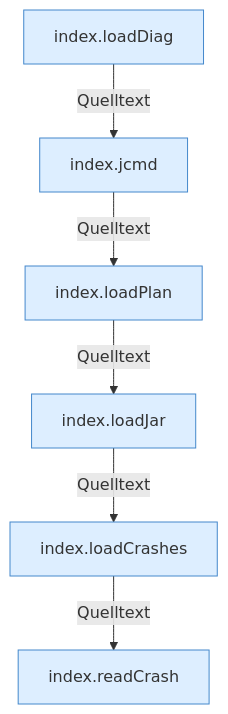
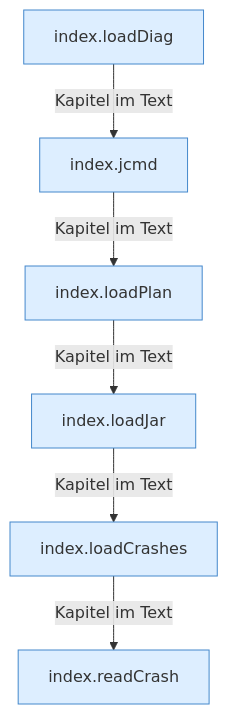
One commit to PrinceDiamant/minecraft-serverhoster-plugin changed the diagram in Legacy-Diag.md. Above: the diagram before and after it, drawn with Mermaid. The commit also changed other lines of this file and 2005 other files, not shown here.

````diff
--- a/Legacy-Diag.md
+++ b/Legacy-Diag.md
@@ -5,16 +5,16 @@
 ```mermaid
 flowchart TD
   n1["index.loadDiag"]:::internal-link
   n2["index.jcmd"]:::internal-link
   n3["index.loadPlan"]:::internal-link
   n4["index.loadJar"]:::internal-link
   n5["index.loadCrashes"]:::internal-link
   n6["index.readCrash"]:::internal-link
-  n1 -->|"Quelltext"| n2
-  n2 -->|"Quelltext"| n3
-  n3 -->|"Quelltext"| n4
-  n4 -->|"Quelltext"| n5
-  n5 -->|"Quelltext"| n6
+  n1 -->|"Kapitel im Text"| n2
+  n2 -->|"Kapitel im Text"| n3
+  n3 -->|"Kapitel im Text"| n4
+  n4 -->|"Kapitel im Text"| n5
+  n5 -->|"Kapitel im Text"| n6
   classDef internal-link fill:#ddeeff,stroke:#4488cc
   classDef befund fill:#f88
 ```
````
